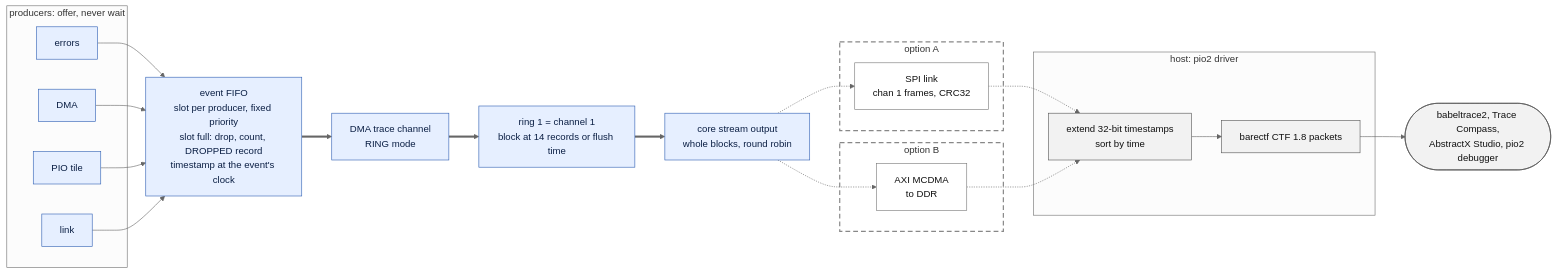
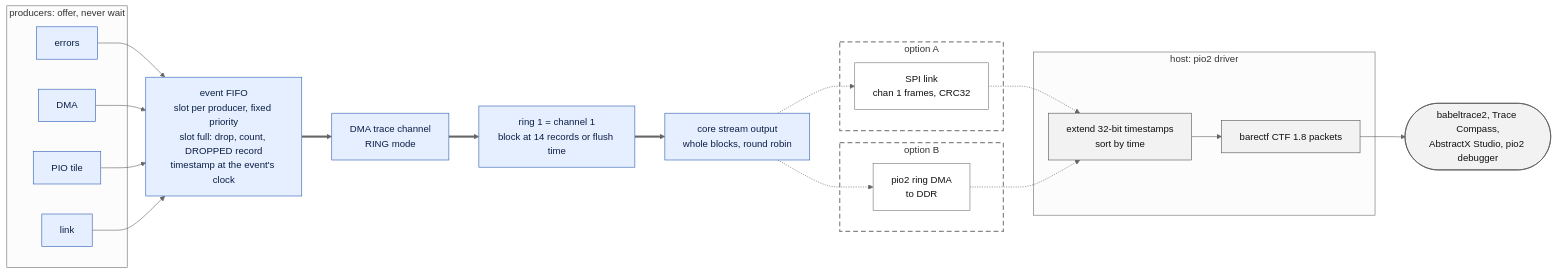
The sixth of 6 diagrams in docs/overview.md (tcmichals/pio2), drawn with Mermaid (neutral theme) before and after one commit. The commit also changed other lines of this file and 3 other files, not shown here.

First line of the commit message:
docs(zynq): own ring DMA on HP0 instead of the Xilinx AXI MCDMA [SPEC-ICN-11]

````diff
--- a/docs/overview.md
+++ b/docs/overview.md
@@ -284,39 +284,39 @@
 ```mermaid
 flowchart LR
     classDef core fill:#e6efff,stroke:#2f5fb3,color:#0b1f44
     classDef opt fill:#ffffff,stroke:#777,color:#111
     classDef host fill:#f2f2f2,stroke:#555,color:#111
 
     subgraph PROD["producers: offer, never wait"]
         P0["errors"]:::core
         P1["DMA"]:::core
         P2["PIO tile"]:::core
         P3["link"]:::core
     end
     EVF["event FIFO<br/>slot per producer, fixed priority<br/>slot full: drop, count, DROPPED record<br/>timestamp at the event's clock"]:::core
     TDMA["DMA trace channel<br/>RING mode"]:::core
     R1["ring 1 = channel 1<br/>block at 14 records or flush time"]:::core
     AMUX["core stream output<br/>whole blocks, round robin"]:::core
 
     subgraph A["option A"]
         SPI["SPI link<br/>chan 1 frames, CRC32"]:::opt
     end
     subgraph B["option B"]
-        MC["AXI MCDMA<br/>to DDR"]:::opt
+        MC["pio2 ring DMA<br/>to DDR"]:::opt
     end
 
     subgraph HOST["host: pio2 driver"]
         EXT["extend 32-bit timestamps<br/>sort by time"]:::host
         BCTF["barectf CTF 1.8 packets"]:::host
     end
     VIEW(["babeltrace2, Trace Compass,<br/>AbstractX Studio, pio2 debugger"]):::host
 
     P0 & P1 & P2 & P3 --> EVF
     EVF ==> TDMA ==> R1 ==> AMUX
     AMUX -.-> SPI -.-> EXT
     AMUX -.-> MC -.-> EXT
     EXT --> BCTF --> VIEW
 
     style A fill:none,stroke:#888,stroke-width:2px,stroke-dasharray:8 5
     style B fill:none,stroke:#888,stroke-width:2px,stroke-dasharray:8 5
 ```
````
